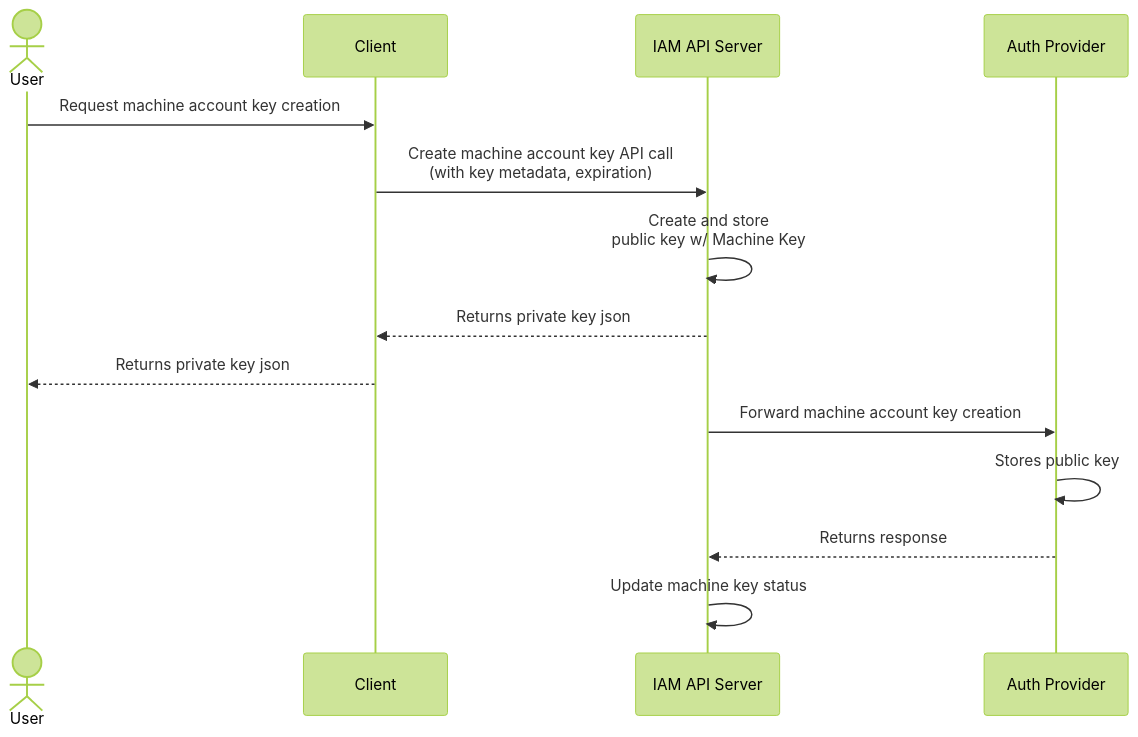
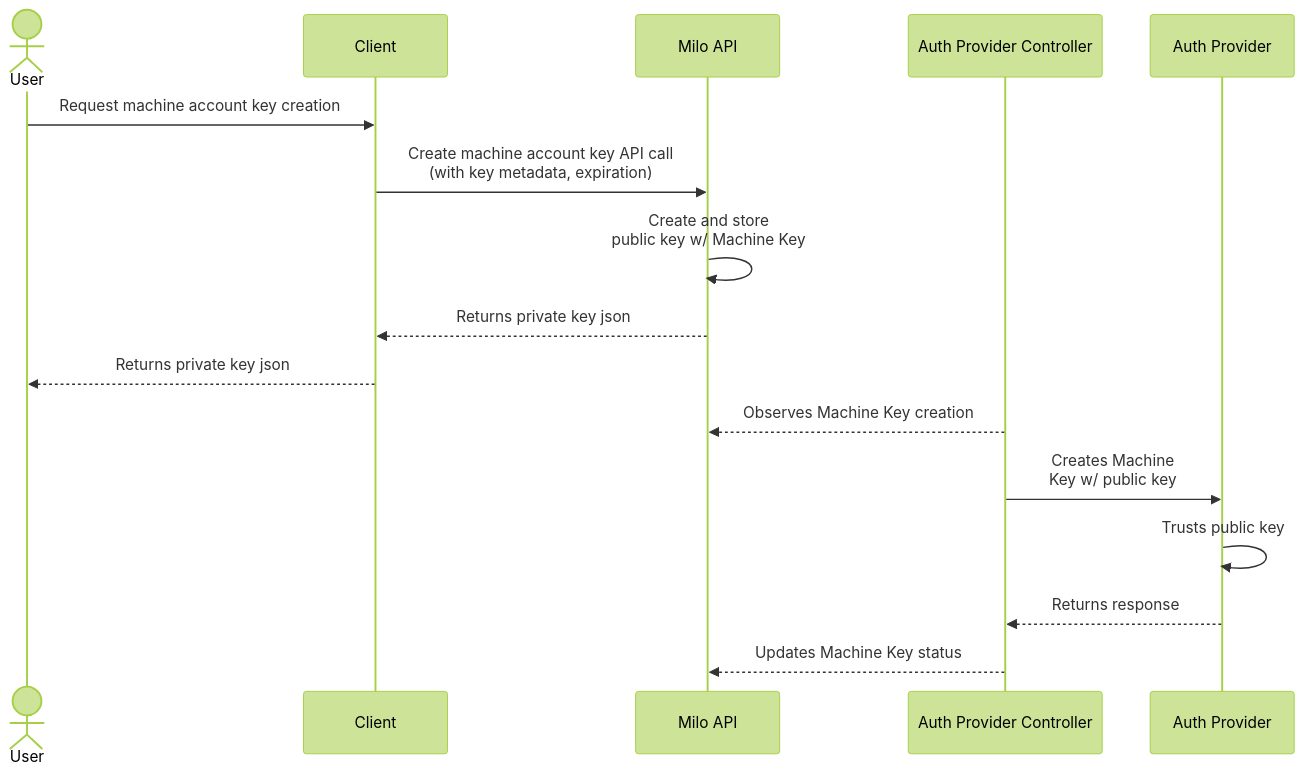
Before and after one commit to datum-cloud/enhancements: the tenth of 13 diagrams in enhancements/platform/identity-and-access-management/authentication/README.md, drawn with Mermaid (forest theme). The commit also changed other lines of this file, not shown here.

Commit message:
refactor: update machine account key flow to use Milo API and Auth Provider Controller

````diff
--- a/enhancements/platform/identity-and-access-management/authentication/README.md
+++ b/enhancements/platform/identity-and-access-management/authentication/README.md
@@ -671,17 +671,20 @@
 ```mermaid
 sequenceDiagram
     actor User as User
     participant Client as Client
-    participant IAM as IAM API Server
+    participant Milo as Milo API
+    participant Controller as Auth Provider Controller
     participant AuthZ as Auth Provider
 
     User->>Client: Request machine account key creation
-    Client->>IAM: Create machine account key API call <br> (with key metadata, expiration)
-    IAM->>IAM: Create and store <br> public key w/ Machine Key
-    IAM-->>Client: Returns private key json
+    Client->>Milo: Create machine account key API call <br> (with key metadata, expiration)
+    Milo->>Milo: Create and store <br> public key w/ Machine Key
+    Milo-->>Client: Returns private key json
     Client-->>User: Returns private key json
-    IAM->>AuthZ: Forward machine account key creation
-    AuthZ->>AuthZ: Stores public key
-    AuthZ-->>IAM: Returns response
-    IAM->>IAM: Update machine key status
+
+    Controller-->>Milo: Observes Machine Key creation
+    Controller->>AuthZ: Creates Machine<br/>Key w/ public key
+    AuthZ->>AuthZ: Trusts public key
+    AuthZ-->>Controller: Returns response
+    Controller-->>Milo: Updates Machine Key status
 ```
````
